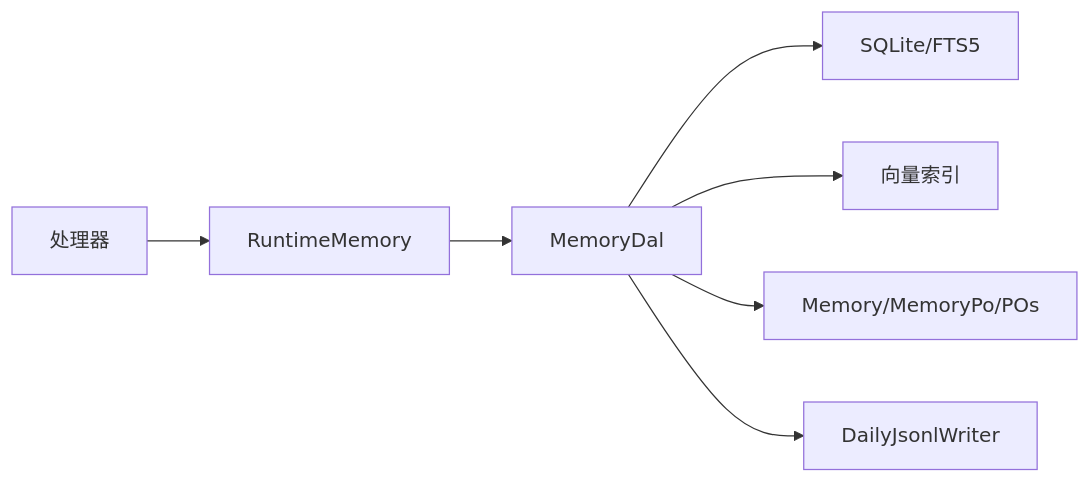
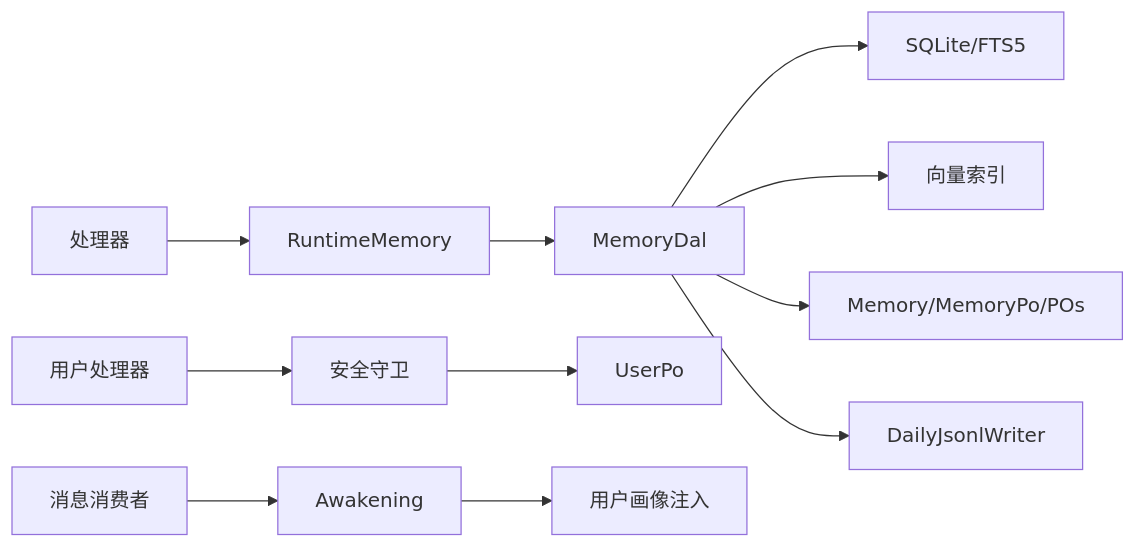
One commit to runningcoders/ai_orz changed the sixth of 6 diagrams in .qoder/repowiki/zh/content/架构设计/记忆系统架构.md. Above: the diagram before and after it, drawn with Mermaid. The commit also changed other lines of this file and 5 other files, not shown here.

````diff
--- a/.qoder/repowiki/zh/content/架构设计/记忆系统架构.md
+++ b/.qoder/repowiki/zh/content/架构设计/记忆系统架构.md
@@ -402,9 +453,13 @@
 ```mermaid
 graph LR
 Handler["处理器"] --> Domain["RuntimeMemory"]
 Domain --> Dal["MemoryDal"]
 Dal --> DaoSql["SQLite/FTS5"]
 Dal --> DaoVec["向量索引"]
 Dal --> Model["Memory/MemoryPo/POs"]
 Dal --> File["DailyJsonlWriter"]
+UserHandler["用户处理器"] --> Security["安全守卫"]
+Security --> UserModel["UserPo"]
+MessageConsumer["消息消费者"] --> Awakening["Awakening"]
+Awakening --> UserProfile["用户画像注入"]
 ```
````
